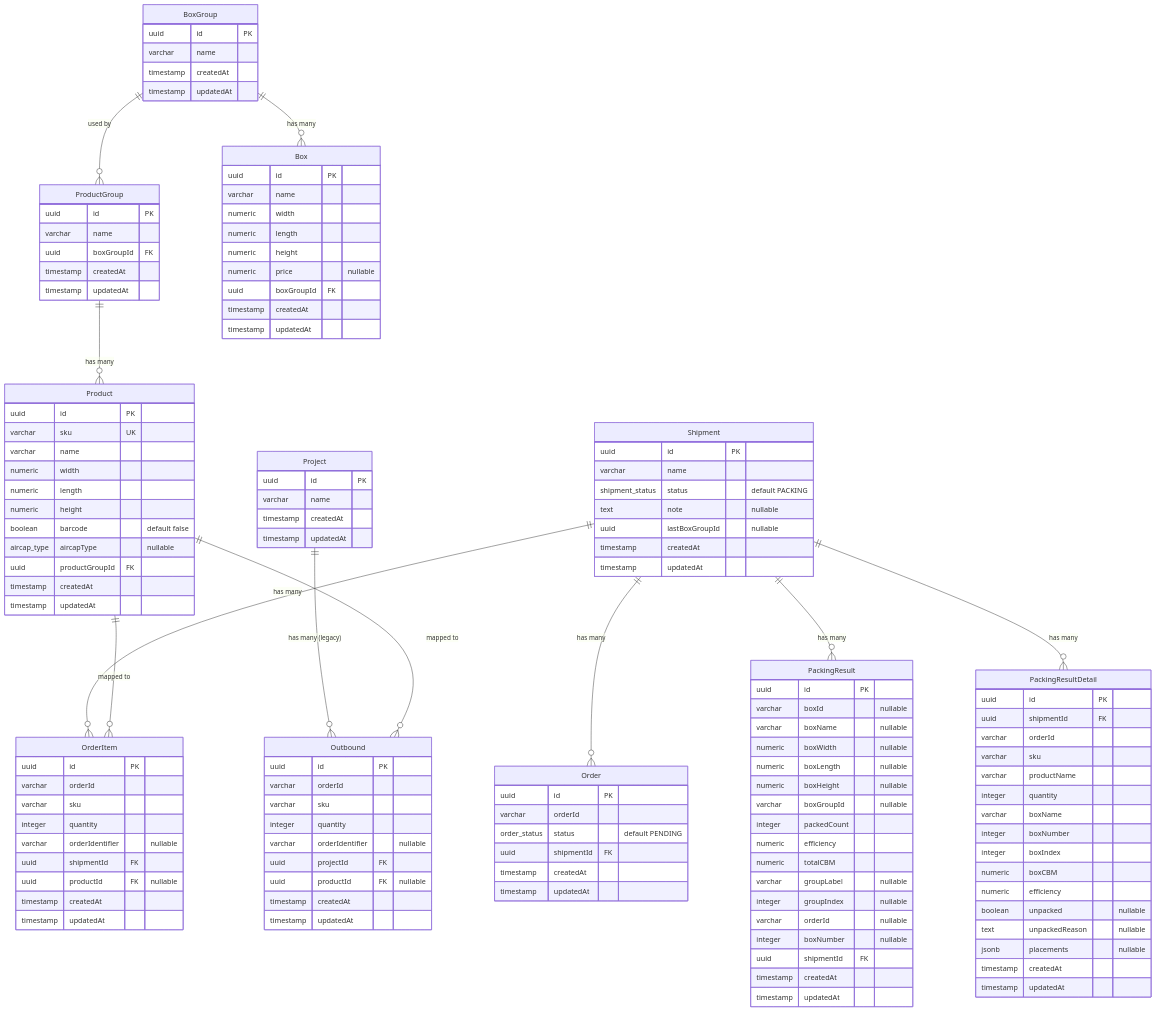
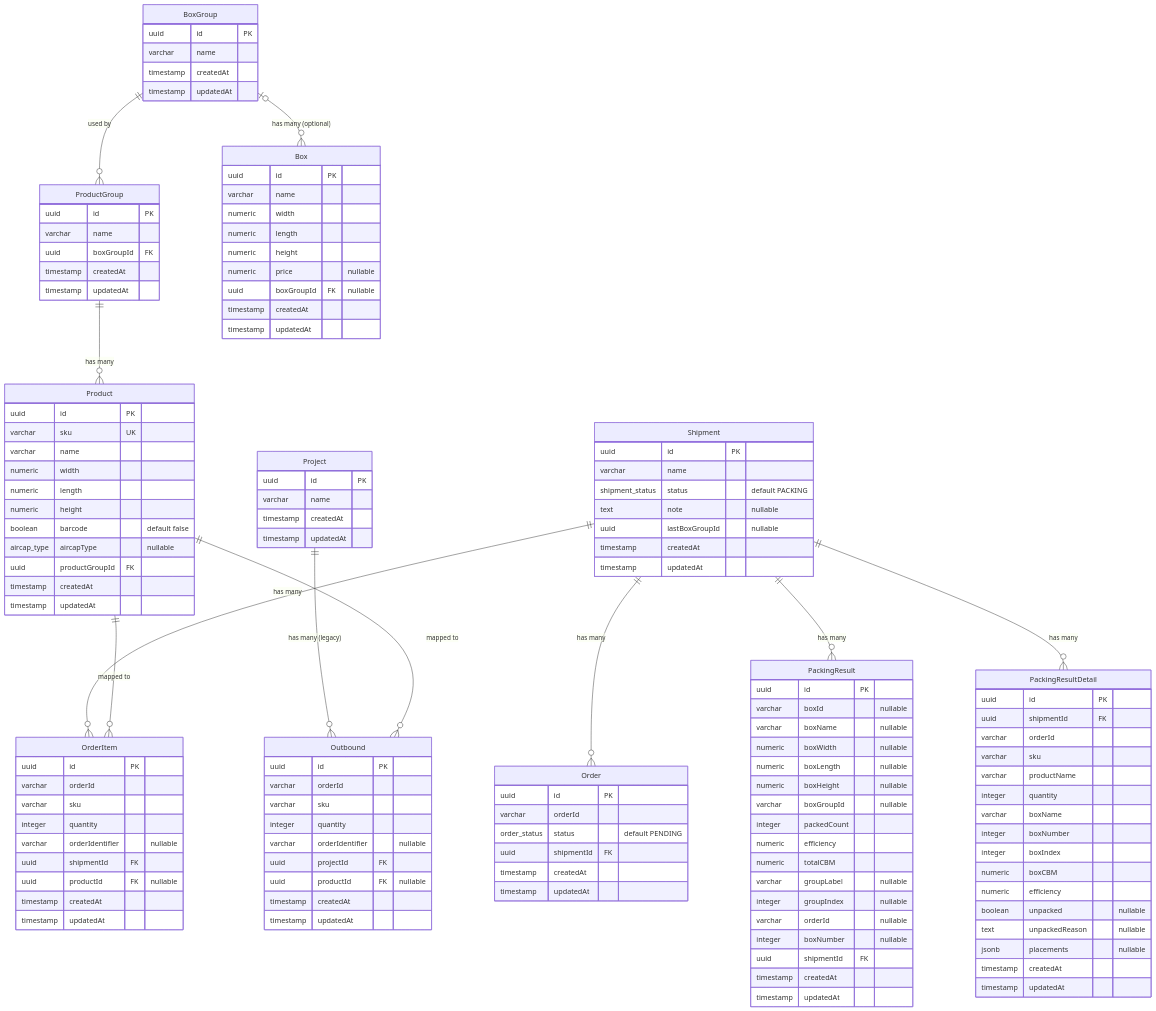
The diagram in docs/db-schema.md (kangyeop/volume-calculation), drawn with Mermaid before and after one commit. The commit also changed other lines of this file and 2 other files, not shown here.

Commit message:
docs: Box 독립 관리 체계 개편 문서 동기화
- db-schema: boxes.boxGroupId nullable + SET NULL 반영
- architecture: /box-groups 라우트 및 API 엔드포인트 추가
- domain/box.md: Box 도메인 문서 신규 작성

```diff
--- a/docs/db-schema.md
+++ b/docs/db-schema.md
@@ -28,7 +28,7 @@
         timestamp updatedAt
     }
 
-    BoxGroup ||--o{ Box : "has many"
+    BoxGroup |o--o{ Box : "has many (optional)"
     BoxGroup {
         uuid id PK
         varchar name
@@ -43,7 +43,7 @@
         numeric length
         numeric height
         numeric price "nullable"
-        uuid boxGroupId FK
+        uuid boxGroupId FK "nullable"
         timestamp createdAt
         timestamp updatedAt
     }
```
